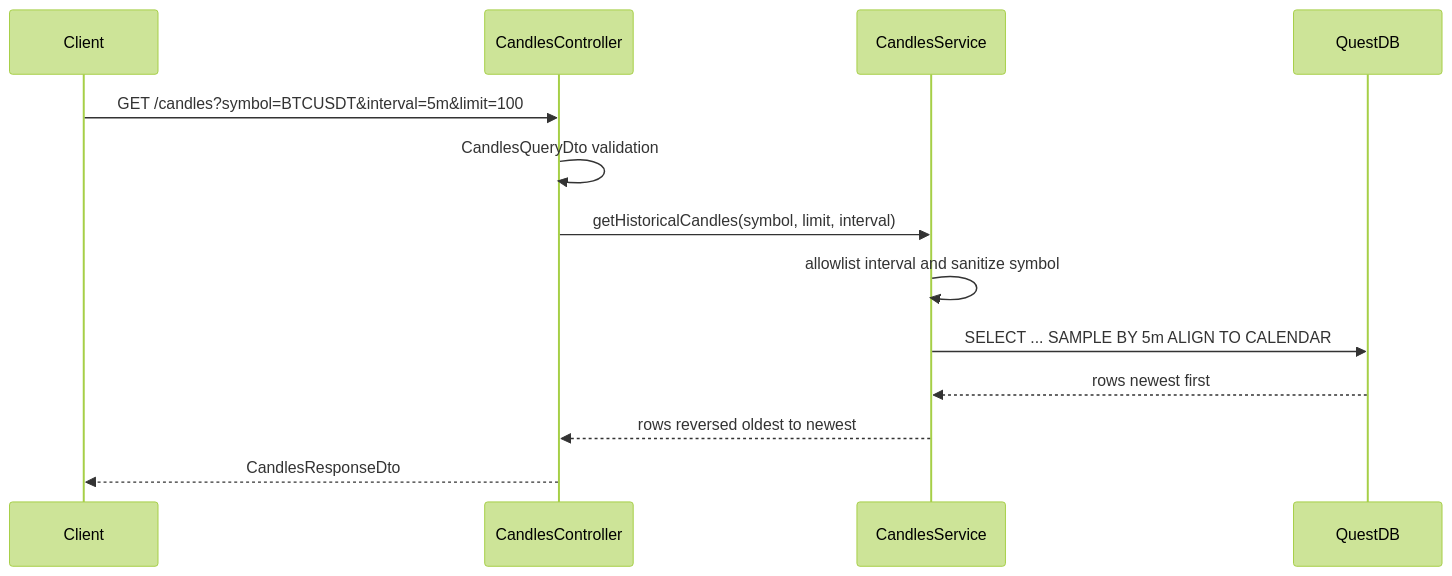
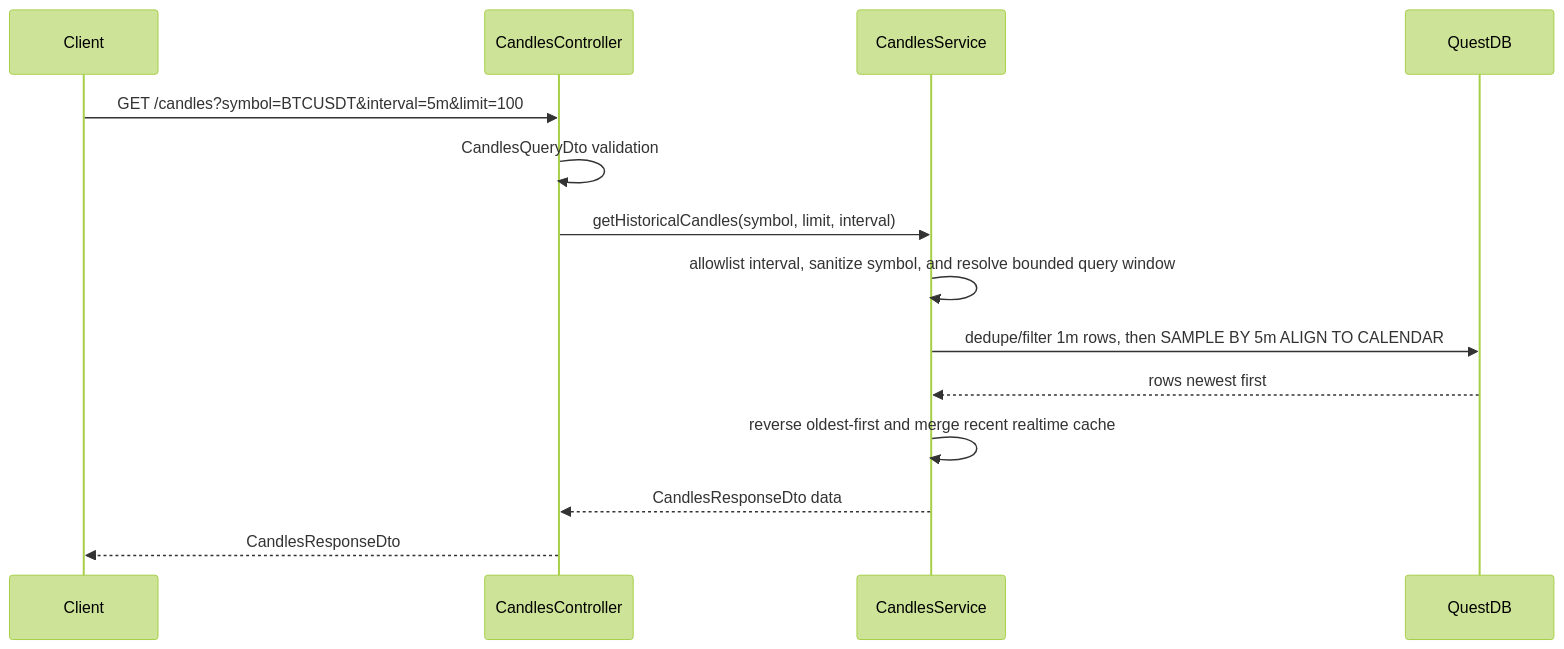
One commit to Zane-Theodore/NexTick changed the second of 3 diagrams in docs/architecture.md. Above: the diagram before and after it, drawn with Mermaid (forest theme). The commit also changed other lines of this file and 6 other files, not shown here.

Commit message:
feat(docs): update README and architecture to reflect recent candle caching and validation improvements

````diff
--- a/docs/architecture.md
+++ b/docs/architecture.md
@@ -228,16 +235,17 @@
 ```mermaid
 sequenceDiagram
   participant Client
   participant Controller as CandlesController
   participant Service as CandlesService
   participant DB as QuestDB
 
   Client->>Controller: GET /candles?symbol=BTCUSDT&interval=5m&limit=100
   Controller->>Controller: CandlesQueryDto validation
   Controller->>Service: getHistoricalCandles(symbol, limit, interval)
-  Service->>Service: allowlist interval and sanitize symbol
-  Service->>DB: SELECT ... SAMPLE BY 5m ALIGN TO CALENDAR
+  Service->>Service: allowlist interval, sanitize symbol, and resolve bounded query window
+  Service->>DB: dedupe/filter 1m rows, then SAMPLE BY 5m ALIGN TO CALENDAR
   DB-->>Service: rows newest first
-  Service-->>Controller: rows reversed oldest to newest
+  Service->>Service: reverse oldest-first and merge recent realtime cache
+  Service-->>Controller: CandlesResponseDto data
   Controller-->>Client: CandlesResponseDto
 ```
````
